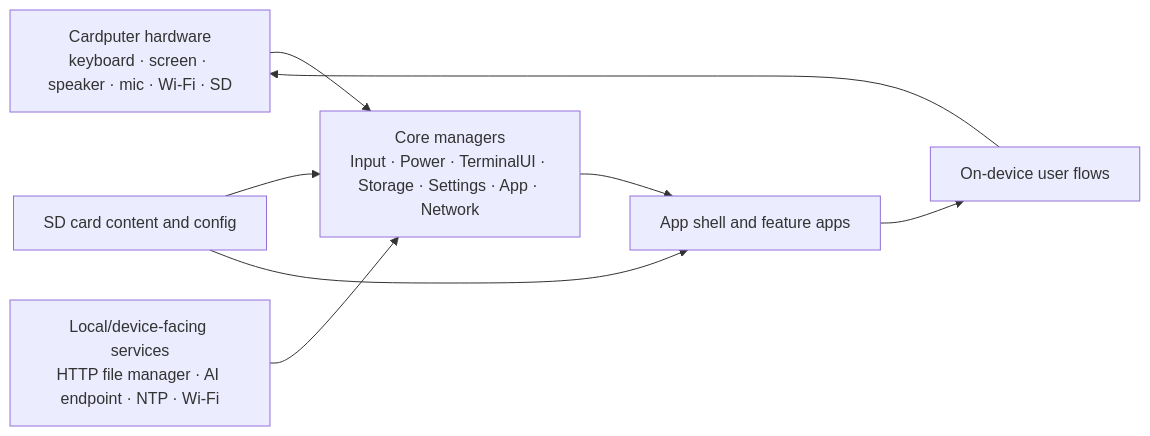
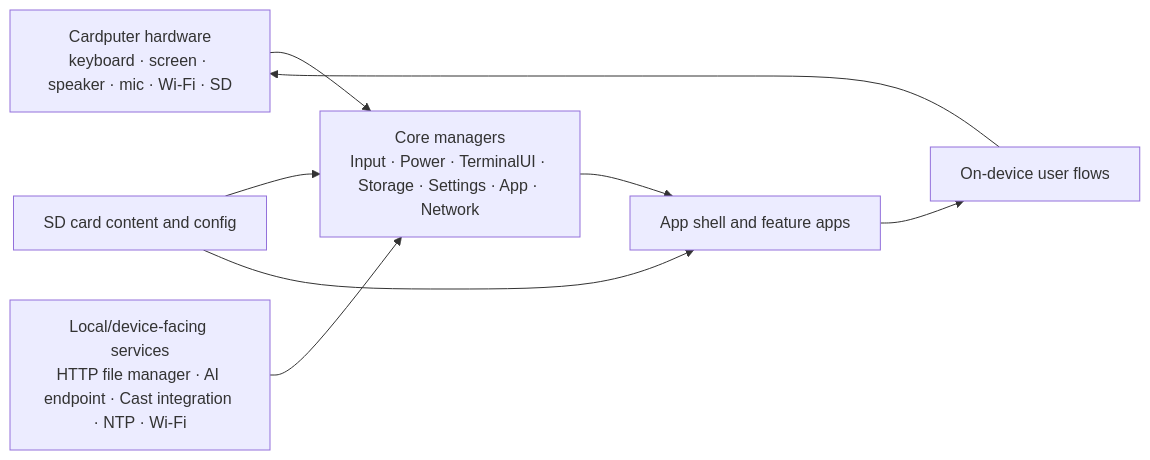
One commit to markoblogo/CardputerABVx changed the diagram in README.md. Above: the diagram before and after it, drawn with Mermaid. The commit also changed other lines of this file and 3 other files, not shown here.

Commit message:
docs(cardputer): add cast settings and API integration docs

````diff
--- a/README.md
+++ b/README.md
@@ -7,17 +7,17 @@
 ```mermaid
 flowchart LR
     Device["Cardputer hardware<br/>keyboard · screen · speaker · mic · Wi-Fi · SD"]
     Core["Core managers<br/>Input · Power · TerminalUI · Storage · Settings · App · Network"]
     Apps["App shell and feature apps"]
     SD["SD card content and config"]
-    Services["Local/device-facing services<br/>HTTP file manager · AI endpoint · NTP · Wi-Fi"]
+    Services["Local/device-facing services<br/>HTTP file manager · AI endpoint · Cast integration · NTP · Wi-Fi"]
     User["On-device user flows"]
 
     Device --> Core
     Core --> Apps
     SD --> Core
     SD --> Apps
     Services --> Core
     Apps --> User
     User --> Device
 ```
````
